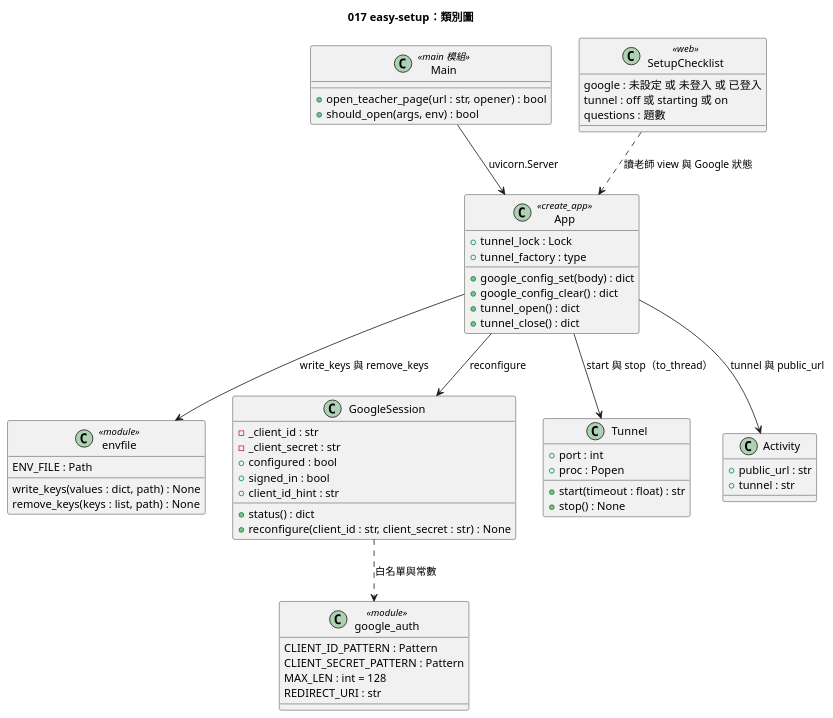
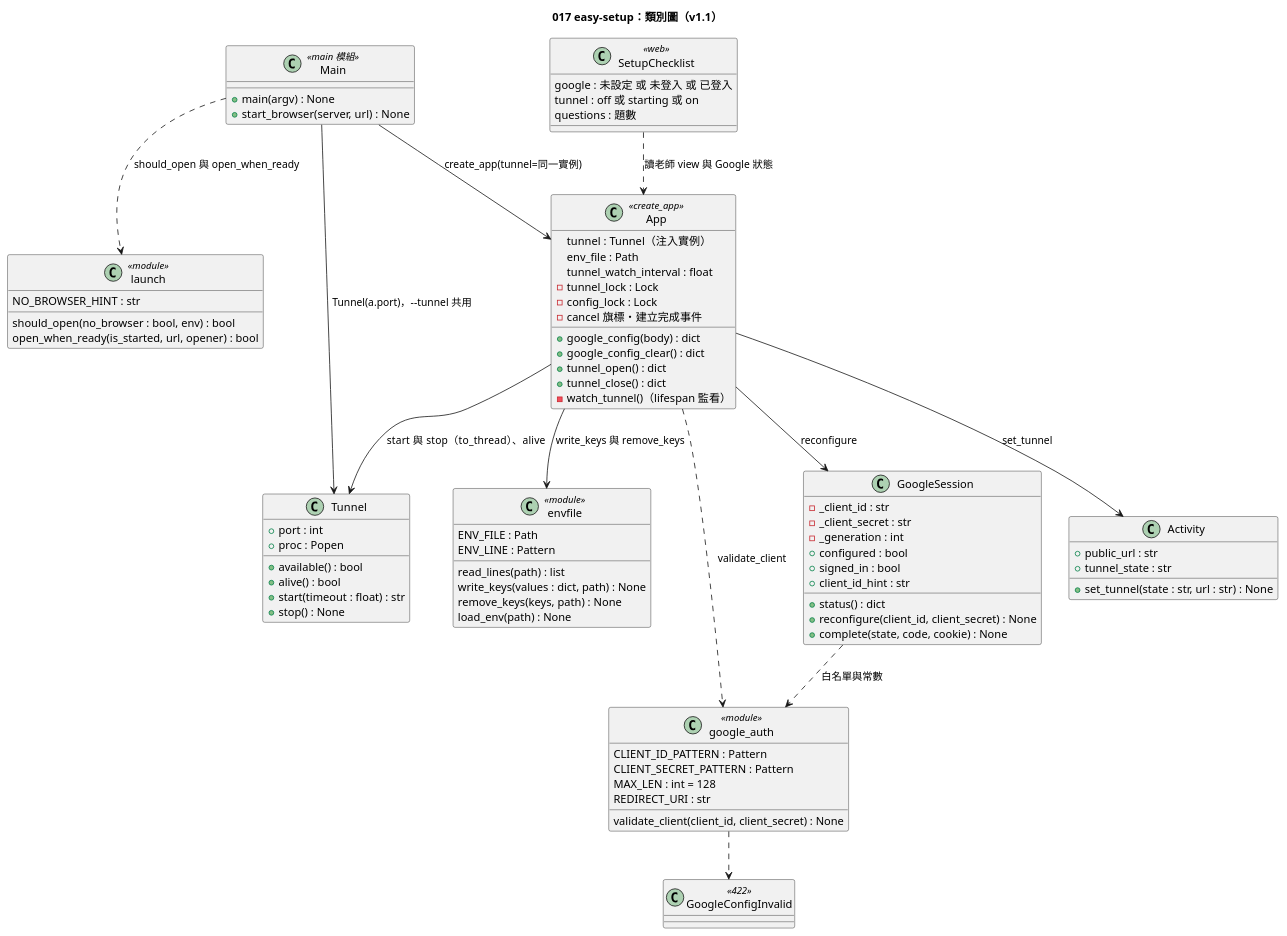
Before and after one commit to yue083139/software_fin-speckit: the diagram in diagrams/017-easy-setup-class.puml, drawn with PlantUML. The commit also changed 39 other files, not shown here.

First line of the commit message:
feat(server,web): [CORE] 017-easy-setup v1.1——啟動即進老師頁、Google 設定精靈、一鍵手機連線、啟動腳本代裝（與 OpenSpec 組同批）

```diff
--- a/diagrams/017-easy-setup-class.puml
+++ b/diagrams/017-easy-setup-class.puml
@@ -1,66 +1,92 @@
 @startuml 017-easy-setup-class
-title 017 easy-setup：類別圖
+title 017 easy-setup：類別圖（v1.1）
 
 class envfile <<module>> {
   ENV_FILE : Path
+  ENV_LINE : Pattern
+  read_lines(path) : list
   write_keys(values : dict, path) : None
-  remove_keys(keys : list, path) : None
+  remove_keys(keys, path) : None
+  load_env(path) : None
 }
 
-class GoogleSession {
-  - _client_id : str
-  - _client_secret : str
-  + configured : bool
-  + signed_in : bool
-  + client_id_hint : str
-  + status() : dict
-  + reconfigure(client_id : str, client_secret : str) : None
+class launch <<module>> {
+  NO_BROWSER_HINT : str
+  should_open(no_browser : bool, env) : bool
+  open_when_ready(is_started, url, opener) : bool
 }
 
 class google_auth <<module>> {
   CLIENT_ID_PATTERN : Pattern
   CLIENT_SECRET_PATTERN : Pattern
   MAX_LEN : int = 128
   REDIRECT_URI : str
+  validate_client(client_id, client_secret) : None
+}
+
+class GoogleConfigInvalid <<422>>
+
+class GoogleSession {
+  - _client_id : str
+  - _client_secret : str
+  - _generation : int
+  + configured : bool
+  + signed_in : bool
+  + client_id_hint : str
+  + status() : dict
+  + reconfigure(client_id, client_secret) : None
+  + complete(state, code, cookie) : None
 }
 
 class Tunnel {
   + port : int
   + proc : Popen
+  + available() : bool
+  + alive() : bool
   + start(timeout : float) : str
   + stop() : None
 }
 
 class Activity {
   + public_url : str
-  + tunnel : str
+  + tunnel_state : str
+  + set_tunnel(state : str, url : str) : None
 }
 
 class App <<create_app>> {
-  + tunnel_lock : Lock
-  + tunnel_factory : type
-  + google_config_set(body) : dict
+  tunnel : Tunnel（注入實例）
+  env_file : Path
+  tunnel_watch_interval : float
+  - tunnel_lock : Lock
+  - config_lock : Lock
+  - cancel 旗標・建立完成事件
+  + google_config(body) : dict
   + google_config_clear() : dict
   + tunnel_open() : dict
   + tunnel_close() : dict
+  - watch_tunnel()（lifespan 監看）
 }
 
 class Main <<main 模組>> {
-  + open_teacher_page(url : str, opener) : bool
-  + should_open(args, env) : bool
+  + main(argv) : None
+  + start_browser(server, url) : None
 }
 
 class SetupChecklist <<web>> {
   google : 未設定 或 未登入 或 已登入
   tunnel : off 或 starting 或 on
   questions : 題數
 }
 
+Main --> Tunnel : Tunnel(a.port)，--tunnel 共用
+Main --> App : create_app(tunnel=同一實例)
+Main ..> launch : should_open 與 open_when_ready
 App --> GoogleSession : reconfigure
 App --> envfile : write_keys 與 remove_keys
-App --> Tunnel : start 與 stop（to_thread）
-App --> Activity : tunnel 與 public_url
+App --> Tunnel : start 與 stop（to_thread）、alive
+App --> Activity : set_tunnel
+App ..> google_auth : validate_client
+google_auth ..> GoogleConfigInvalid
 GoogleSession ..> google_auth : 白名單與常數
-Main --> App : uvicorn.Server
 SetupChecklist ..> App : 讀老師 view 與 Google 狀態
 @enduml
```
